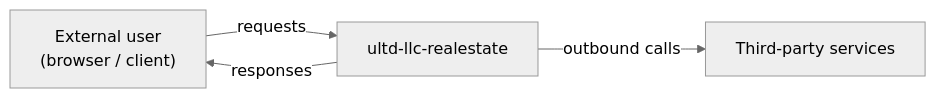
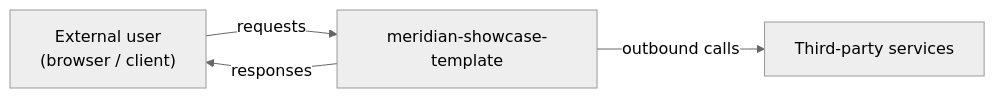
Before and after one commit to mhklogs/meridian-showcase-template: the first of 2 diagrams in documents/04-data-flow-diagram.md, drawn with Mermaid (neutral theme). The commit also changed other lines of this file and 37 other files, not shown here.

````diff
--- a/documents/04-data-flow-diagram.md
+++ b/documents/04-data-flow-diagram.md
@@ -10,6 +10,6 @@
 ```mermaid
 flowchart LR
-    U["External user<br/>(browser / client)"] -->|"requests"| S["ultd-llc-realestate"]
+    U["External user<br/>(browser / client)"] -->|"requests"| S["meridian-showcase-template"]
     S -->|"responses"| U
     S -->|"outbound calls"| X["Third-party services"]
 ```
````
